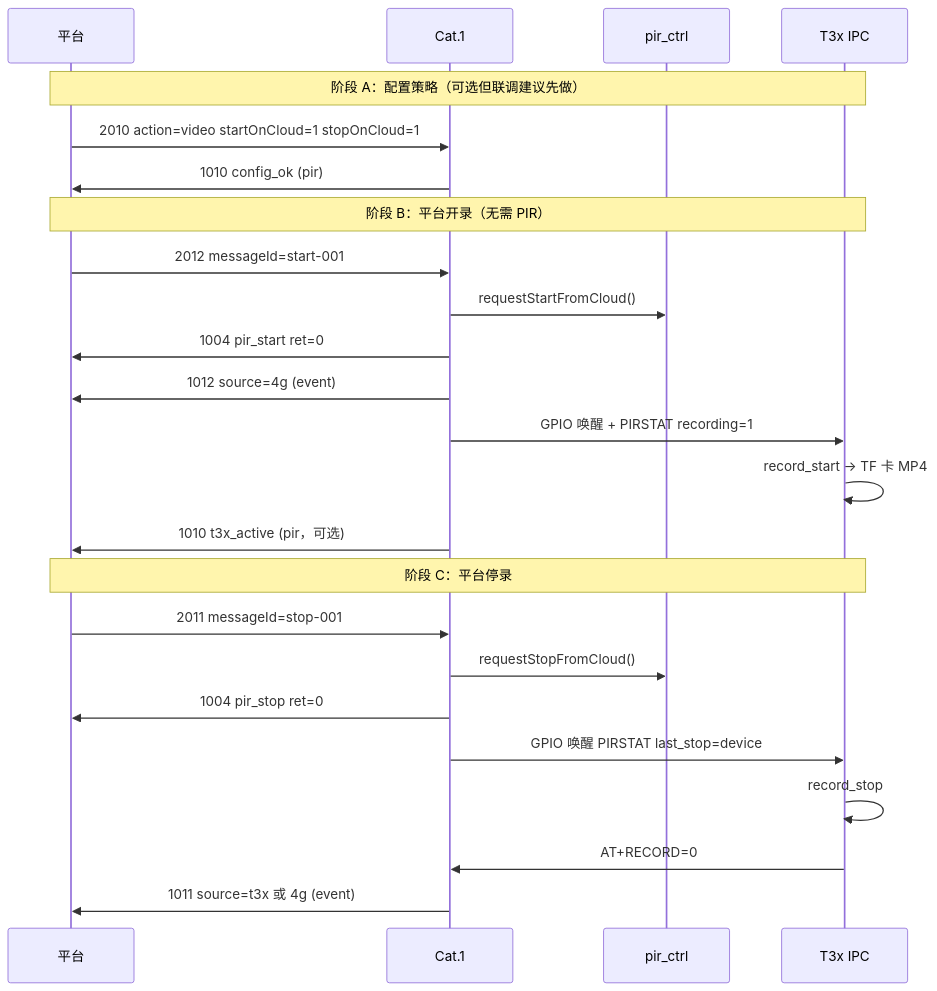
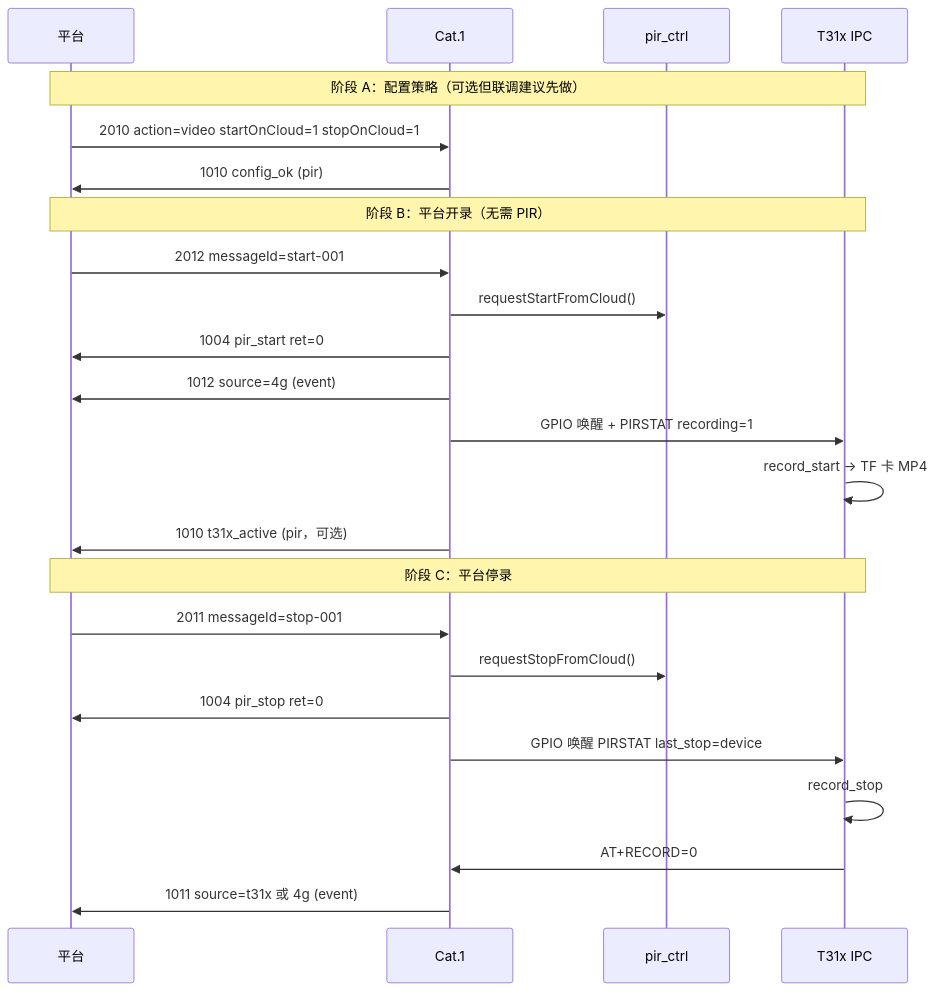
The diagram in doc/mqtt_2010_2012_2011_pir_flow.md (dzr1986/AIR780EHM), drawn with Mermaid before and after one commit. The commit also changed other lines of this file and 402 other files, not shown here.

````diff
--- a/doc/mqtt_2010_2012_2011_pir_flow.md
+++ b/doc/mqtt_2010_2012_2011_pir_flow.md
@@ -137,29 +137,29 @@
 ```mermaid
 sequenceDiagram
     participant P as 平台
     participant C as Cat.1
     participant PR as pir_ctrl
-    participant T as T3x IPC
+    participant T as T31x IPC
 
     Note over P,T: 阶段 A：配置策略（可选但联调建议先做）
     P->>C: 2010 action=video startOnCloud=1 stopOnCloud=1
     C->>P: 1010 config_ok (pir)
 
     Note over P,T: 阶段 B：平台开录（无需 PIR）
     P->>C: 2012 messageId=start-001
     C->>PR: requestStartFromCloud()
     C->>P: 1004 pir_start ret=0
     C->>P: 1012 source=4g (event)
     C->>T: GPIO 唤醒 + PIRSTAT recording=1
     T->>T: record_start → TF 卡 MP4
-    C->>P: 1010 t3x_active (pir，可选)
+    C->>P: 1010 t31x_active (pir，可选)
 
     Note over P,T: 阶段 C：平台停录
     P->>C: 2011 messageId=stop-001
     C->>PR: requestStopFromCloud()
     C->>P: 1004 pir_stop ret=0
     C->>T: GPIO 唤醒 PIRSTAT last_stop=device
     T->>T: record_stop
     T->>C: AT+RECORD=0
-    C->>P: 1011 source=t3x 或 4g (event)
+    C->>P: 1011 source=t31x 或 4g (event)
 ```
````
